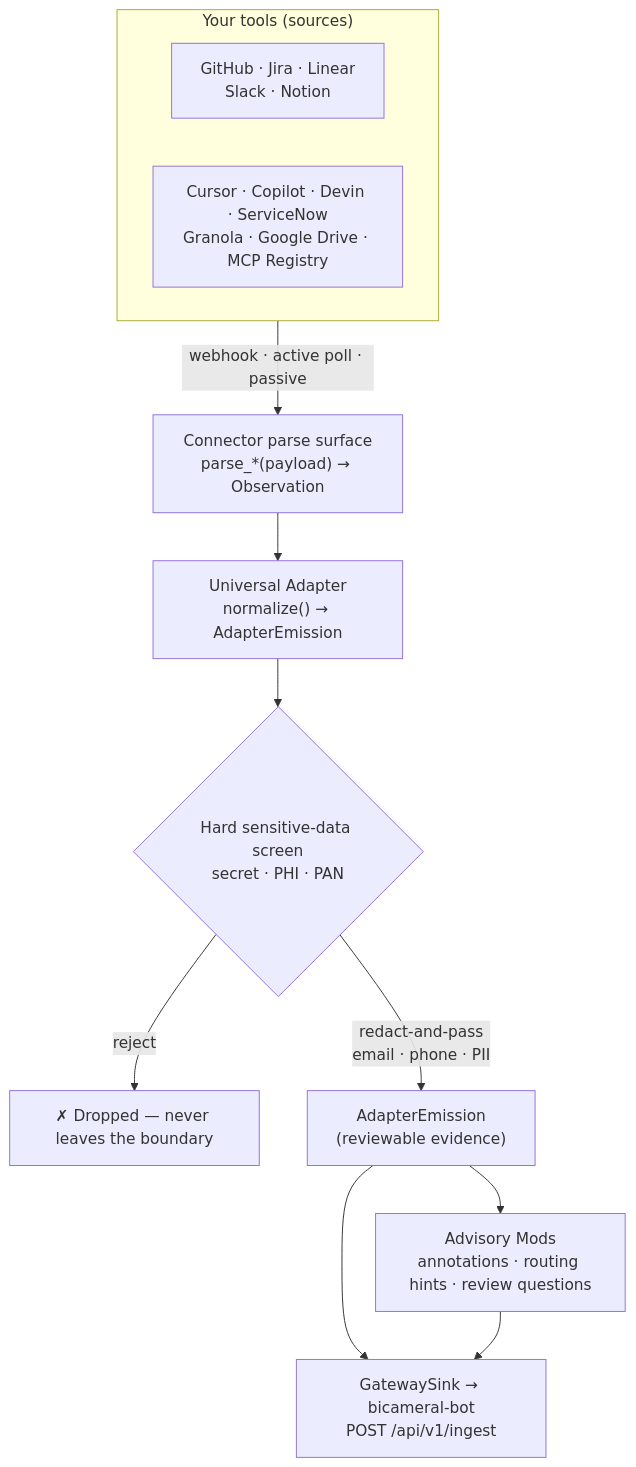
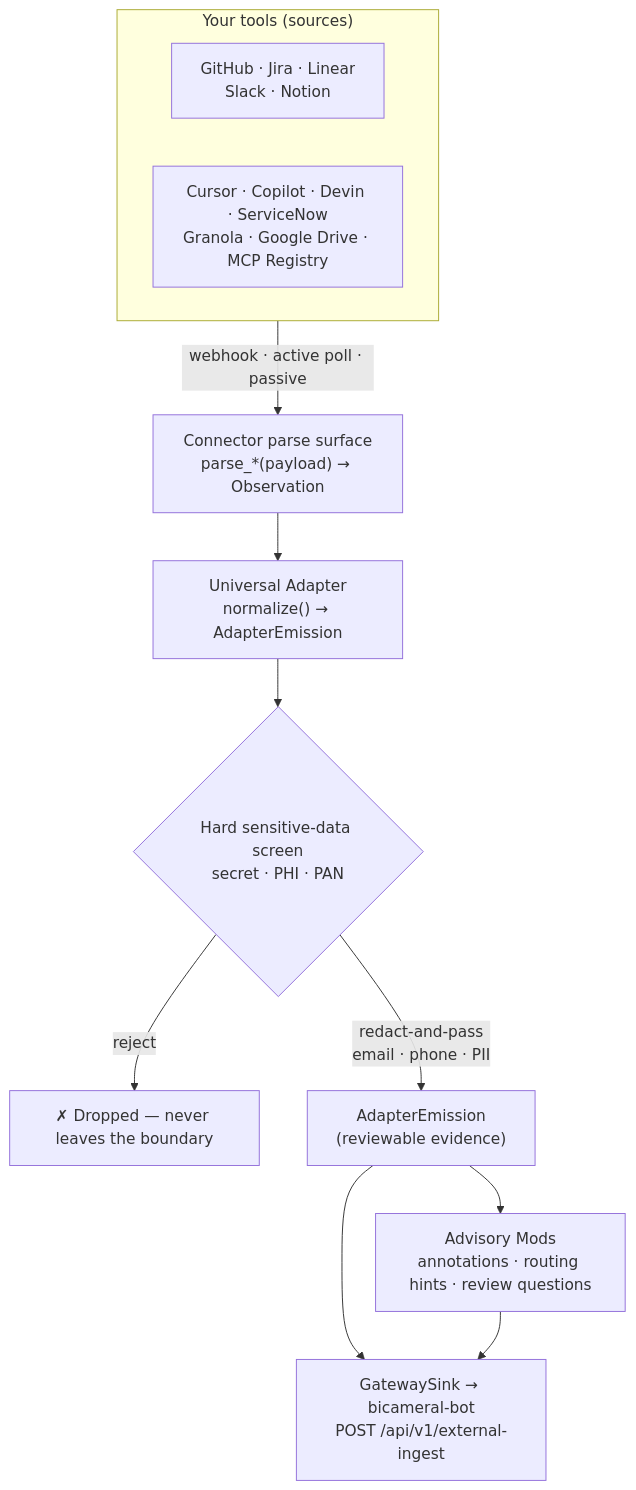
Before and after one commit to BicameralAI/bicameral-integrations: the first of 3 diagrams in README.md, drawn with Mermaid. The commit also changed other lines of this file and 22 other files, not shown here.

First line of the commit message:
feat(runtime): emit ExternalIngestEnvelope to /api/v1/external-ingest (#226)

````diff
--- a/README.md
+++ b/README.md
@@ -54,16 +54,16 @@
 ```mermaid
 flowchart TD
     subgraph src["Your tools (sources)"]
       direction LR
       A1["GitHub · Jira · Linear<br/>Slack · Notion"]
       A2["Cursor · Copilot · Devin · ServiceNow<br/>Granola · Google Drive · MCP Registry"]
     end
     src -->|"webhook · active poll · passive"| conn["Connector parse surface<br/>parse_*(payload) → Observation"]
     conn --> norm["Universal Adapter<br/>normalize() → AdapterEmission"]
     norm --> screen{"Hard sensitive-data screen<br/>secret · PHI · PAN"}
     screen -->|"reject"| drop["✗ Dropped — never leaves the boundary"]
     screen -->|"redact-and-pass<br/>email · phone · PII"| emit["AdapterEmission<br/>(reviewable evidence)"]
     emit --> mods["Advisory Mods<br/>annotations · routing hints · review questions"]
-    emit --> sink["GatewaySink → bicameral-bot<br/>POST /api/v1/ingest"]
+    emit --> sink["GatewaySink → bicameral-bot<br/>POST /api/v1/external-ingest"]
     mods --> sink
 ```
````
